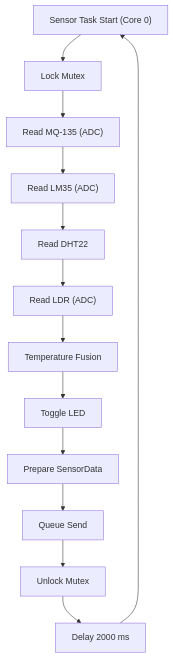
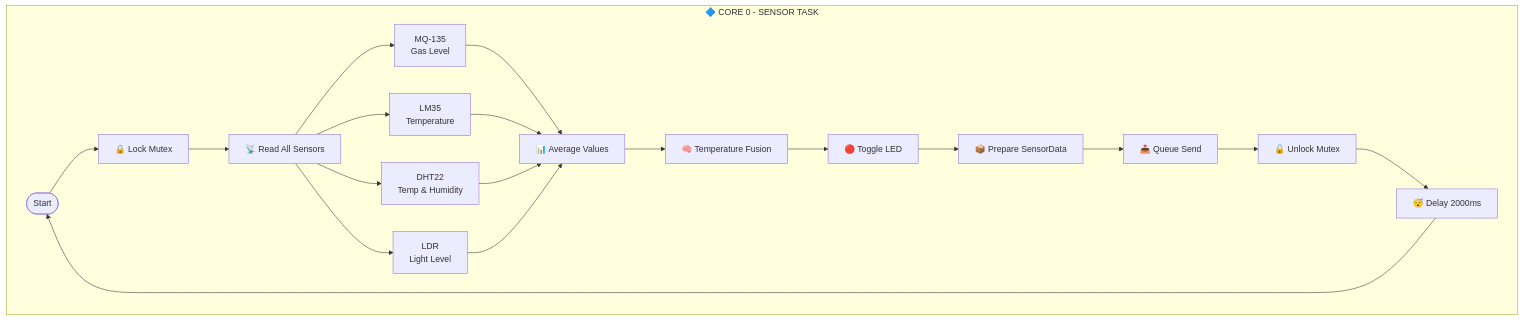
Before and after one commit to ficrammanifur/ESP32-RTOS-Environmental-Monitor: the eighth of 25 diagrams in README.md, drawn with Mermaid. The commit also changed other lines of this file, not shown here.

````diff
--- a/README.md
+++ b/README.md
@@ -395,28 +413,25 @@
 ```mermaid
-flowchart TD
-    START["Sensor Task Start (Core 0)"]
-    LOCK["Lock Mutex"]
-    MQ["Read MQ-135 (ADC)"]
-    LM["Read LM35 (ADC)"]
-    DHT["Read DHT22"]
-    LDR["Read LDR (ADC)"]
-    FUSION["Temperature Fusion"]
-    LED["Toggle LED"]
-    PACK["Prepare SensorData"]
-    SEND["Queue Send"]
-    UNLOCK["Unlock Mutex"]
-    DELAY["Delay 2000 ms"]
-
-    START --> LOCK
-    LOCK --> MQ
-    MQ --> LM
-    LM --> DHT
-    DHT --> LDR
-    LDR --> FUSION
-    FUSION --> LED
-    LED --> PACK
-    PACK --> SEND
-    SEND --> UNLOCK
-    UNLOCK --> DELAY
-    DELAY --> START
+flowchart TB
+    subgraph CORE0["🔷 CORE 0 - SENSOR TASK"]
+        START(["Start"]) --> LOCK["🔒 Lock Mutex"]
+        LOCK --> SENSORS["📡 Read All Sensors"]
+        
+        SENSORS --> MQ["MQ-135<br/>Gas Level"]
+        SENSORS --> LM["LM35<br/>Temperature"]
+        SENSORS --> DHT["DHT22<br/>Temp & Humidity"]
+        SENSORS --> LDR["LDR<br/>Light Level"]
+        
+        MQ --> AVG["📊 Average Values"]
+        LM --> AVG
+        DHT --> AVG
+        LDR --> AVG
+        
+        AVG --> FUSION["🧠 Temperature Fusion"]
+        FUSION --> LED["🔴 Toggle LED"]
+        LED --> PACK["📦 Prepare SensorData"]
+        PACK --> SEND["📤 Queue Send"]
+        SEND --> UNLOCK["🔓 Unlock Mutex"]
+        UNLOCK --> DELAY["😴 Delay 2000ms"]
+        DELAY --> START
+    end
 ```
````
